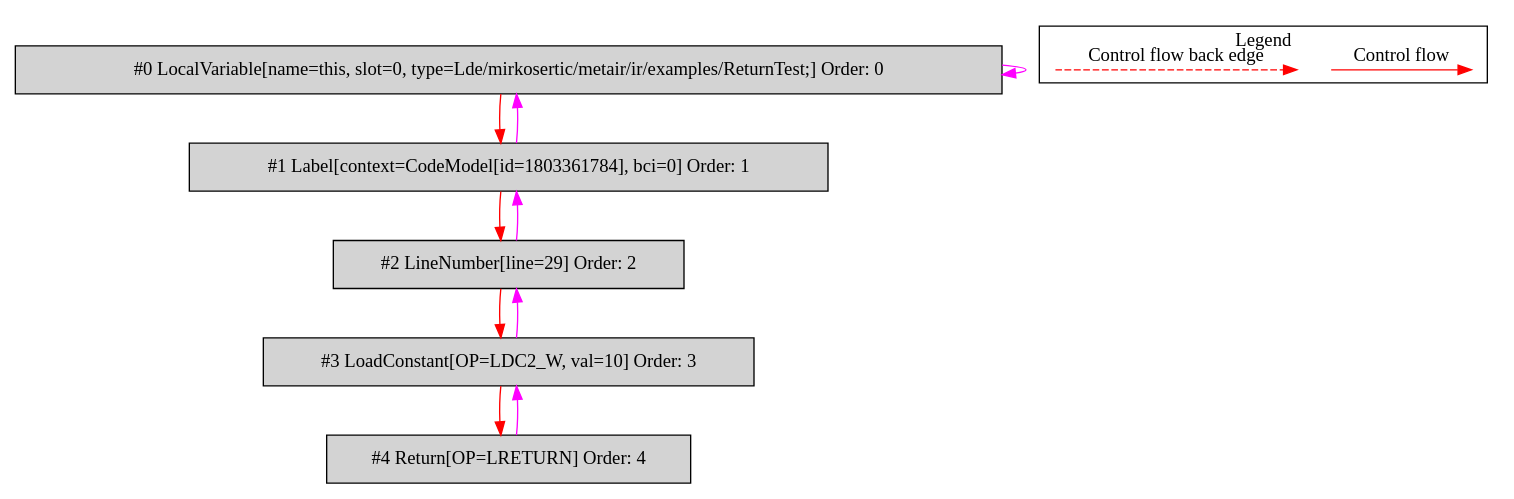
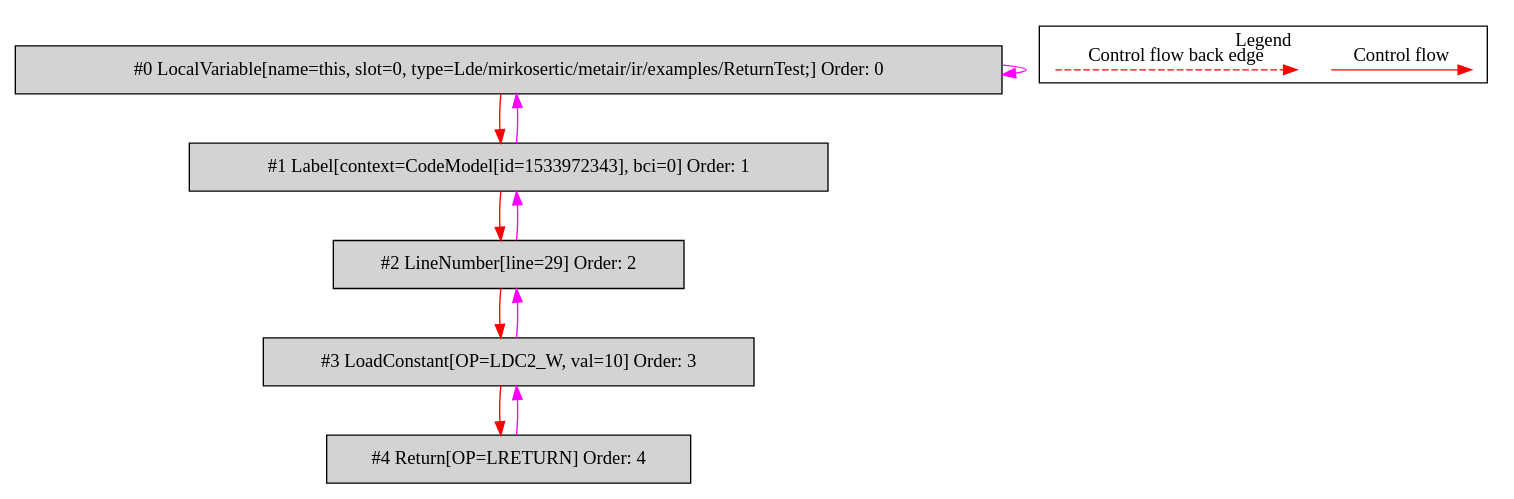
The diagram in de.mirkosertic.metair.ir.examples.ReturnTest/returnLong/bytecodecfg.dot (mirkosertic/MetaIR), drawn with Graphviz before and after one commit. The commit also changed 612 other files, not shown here.

```diff
--- a/de.mirkosertic.metair.ir.examples.ReturnTest/returnLong/bytecodecfg.dot
+++ b/de.mirkosertic.metair.ir.examples.ReturnTest/returnLong/bytecodecfg.dot
@@ -1,31 +1,31 @@
 digraph {
  ordering="in";
  node0[label="#0 LocalVariable[name=this, slot=0, type=Lde/mirkosertic/metair/ir/examples/ReturnTest;] Order: 0", shape=box, fillcolor=lightgrey, style=filled];
- node1[label="#1 Label[context=CodeModel[id=1803361784], bci=0] Order: 1", shape=box, fillcolor=lightgrey, style=filled];
+ node1[label="#1 Label[context=CodeModel[id=1533972343], bci=0] Order: 1", shape=box, fillcolor=lightgrey, style=filled];
  node2[label="#2 LineNumber[line=29] Order: 2", shape=box, fillcolor=lightgrey, style=filled];
  node3[label="#3 LoadConstant[OP=LDC2_W, val=10] Order: 3", shape=box, fillcolor=lightgrey, style=filled];
  node4[label="#4 Return[OP=LRETURN] Order: 4", shape=box, fillcolor=lightgrey, style=filled];
  node0 -> node0[color=fuchsia];
  node0 -> node1[color=red];
  node1 -> node0[color=fuchsia];
  node1 -> node2[color=red];
  node2 -> node1[color=fuchsia];
  node2 -> node3[color=red];
  node3 -> node2[color=fuchsia];
  node3 -> node4[color=red];
  node4 -> node3[color=fuchsia];
  subgraph cluster_000 {
   label = "Legend";
   node [shape=point]
   {
    rank=same;
    c0 [style = invis];
    c1 [style = invis];
    c2 [style = invis];
    c3 [style = invis];
   }
   c0 -> c1 [label="Control flow", style=solid, color=red]
   c2 -> c3 [label="Control flow back edge", style=dashed, color=red]
  }
 
 }
```
